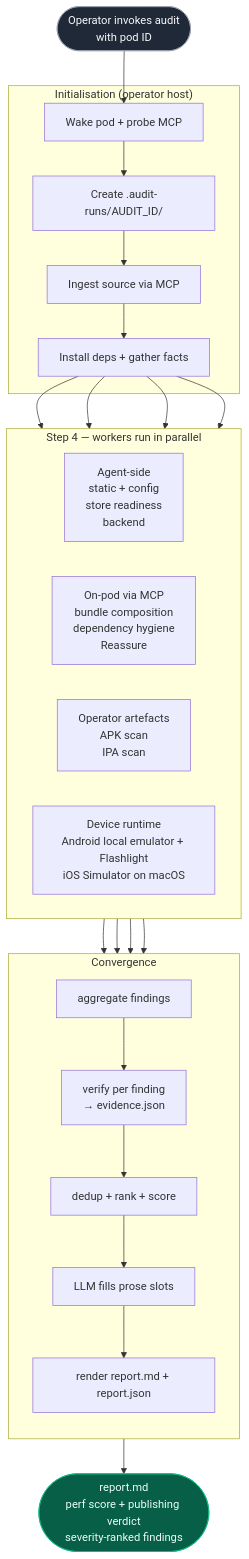
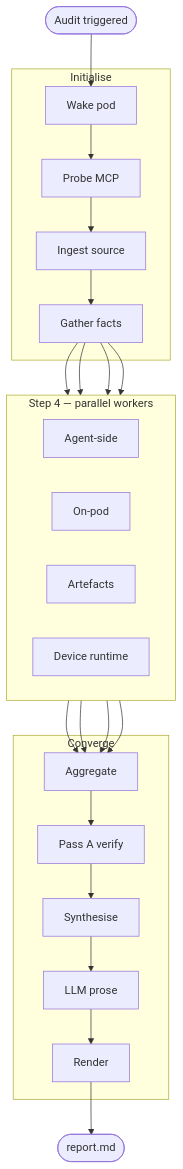
The diagram in README.md (kunal-10-cloud/mobile-app-performance-pipeline), drawn with Mermaid before and after one commit. The commit also changed other lines of this file and 1 other file, not shown here.

Commit message:
docs: shorten diagram node labels

````diff
--- a/README.md
+++ b/README.md
@@ -23,43 +23,43 @@
 ```mermaid
 flowchart TD
-    Start([Operator invokes audit<br/>with pod ID])
+    Start([Audit triggered])
 
-    subgraph init["Initialisation (operator host)"]
-        I1[Wake pod + probe MCP]
-        I2[Create .audit-runs/AUDIT_ID/]
-        I3[Ingest source via MCP]
-        I4[Install deps + gather facts]
+    subgraph init["Initialise"]
+        I1[Wake pod]
+        I2[Probe MCP]
+        I3[Ingest source]
+        I4[Gather facts]
         I1 --> I2 --> I3 --> I4
     end
 
     Start --> I1
 
-    subgraph workers["Step 4 — workers run in parallel"]
+    subgraph workers["Step 4 — parallel workers"]
         direction LR
-        A[Agent-side<br/>static + config<br/>store readiness<br/>backend]
-        B[On-pod via MCP<br/>bundle composition<br/>dependency hygiene<br/>Reassure]
-        C[Operator artefacts<br/>APK scan<br/>IPA scan]
-        D[Device runtime<br/>Android local emulator + Flashlight<br/>iOS Simulator on macOS]
+        A[Agent-side]
+        B[On-pod]
+        C[Artefacts]
+        D[Device runtime]
     end
 
-    I4 --> A & B & C & D
+    I4 --> A
+    I4 --> B
+    I4 --> C
+    I4 --> D
 
-    subgraph finish["Convergence"]
-        direction TB
-        F1[aggregate findings]
-        F2[verify per finding<br/>→ evidence.json]
-        F3[dedup + rank + score]
-        F4[LLM fills prose slots]
-        F5[render report.md + report.json]
+    subgraph finish["Converge"]
+        F1[Aggregate]
+        F2[Pass A verify]
+        F3[Synthesise]
+        F4[LLM prose]
+        F5[Render]
         F1 --> F2 --> F3 --> F4 --> F5
     end
 
-    A & B & C & D --> F1
+    A --> F1
+    B --> F1
+    C --> F1
+    D --> F1
 
-    F5 --> Out([report.md<br/>perf score + publishing verdict<br/>severity-ranked findings])
-
-    classDef startNode fill:#1f2937,stroke:#9ca3af,color:#f9fafb
-    classDef outNode fill:#065f46,stroke:#10b981,color:#ecfdf5
-    class Start startNode
-    class Out outNode
+    F5 --> Out([report.md])
 ```
````
